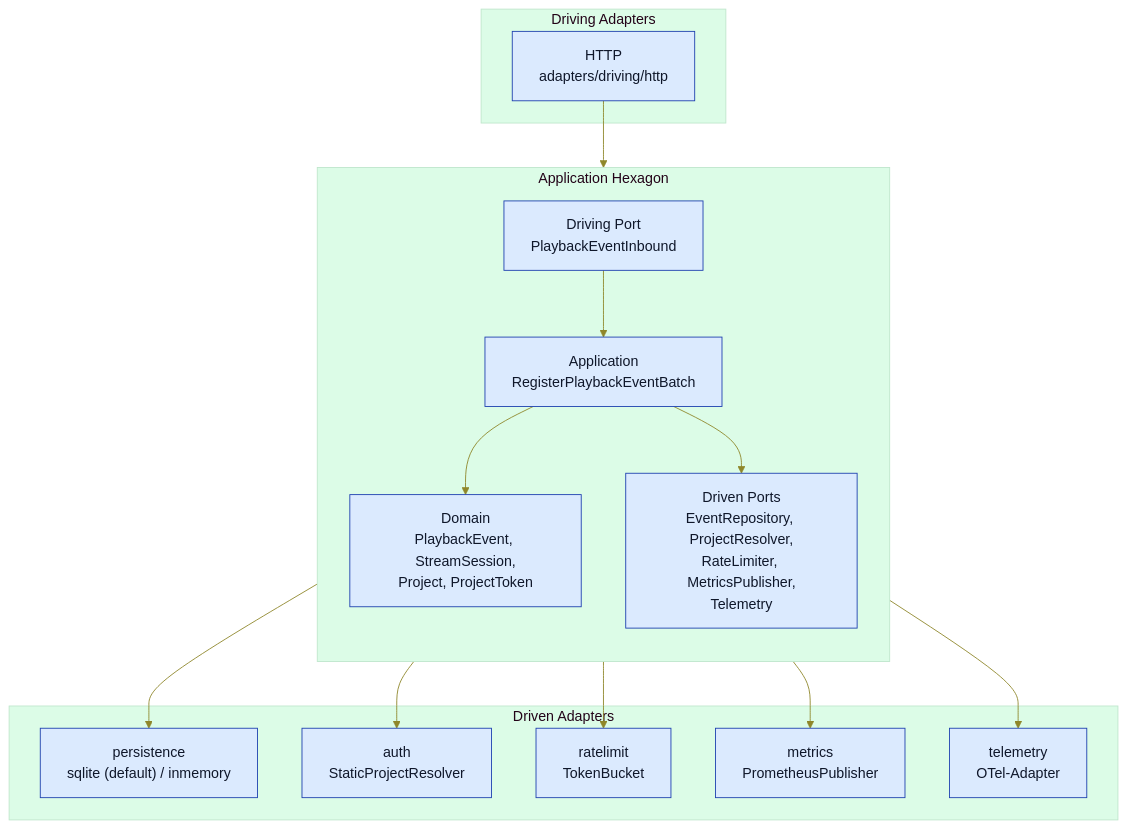
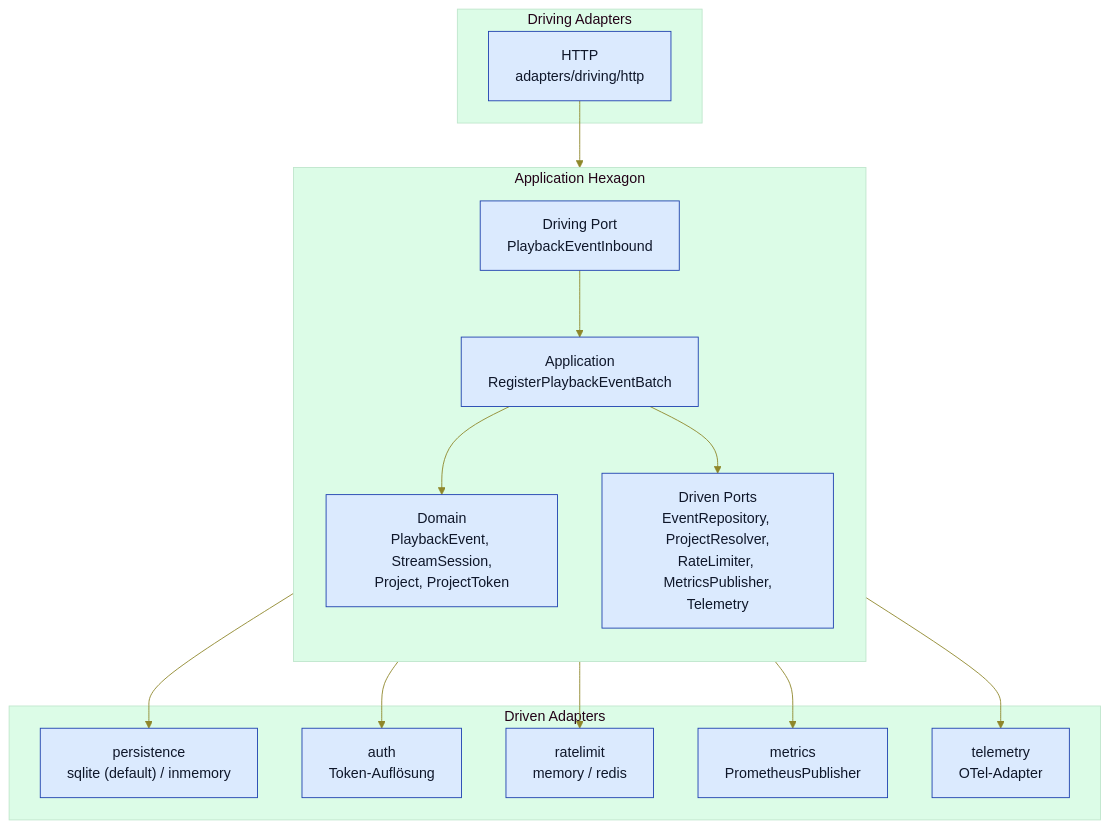
One commit to pt9912/m-trace changed the second of 6 diagrams in spec/architecture.md. Above: the diagram before and after it, drawn with Mermaid. The commit also changed other lines of this file, not shown here.

First line of the commit message:
docs(spec): architecture.md §3/§5/§6/§8 auf Ist-Stand + §3.3 regelwerk-konform

````diff
--- a/spec/architecture.md
+++ b/spec/architecture.md
@@ -93,34 +93,34 @@
 ```mermaid
 %%{init: {'theme':'base','themeVariables':{'background':'#f8fafc','primaryColor':'#dbeafe','primaryTextColor':'#0f172a','primaryBorderColor':'#1e40af','lineColor':'#8f872a','secondaryColor':'#fef3c7','tertiaryColor':'#dcfce7','noteBkgColor':'#fef3c7','noteTextColor':'#0f172a','noteBorderColor':'#a16207','actorBkg':'#dbeafe','actorBorder':'#1e40af','actorTextColor':'#0f172a','actorLineColor':'#475569','signalColor':'#0f172a','signalTextColor':'#0f172a','sequenceNumberColor':'#ffffff','labelTextColor':'#0f172a','loopTextColor':'#0f172a','edgeLabelBackground':'#f8fafc'}}}%%
 flowchart TB
     subgraph driving["Driving Adapters"]
         HTTP["HTTP<br/>adapters/driving/http"]
     end
 
     subgraph hexagon["Application Hexagon"]
         direction TB
         InPort["Driving Port<br/>PlaybackEventInbound"]
         UseCase["Application<br/>RegisterPlaybackEventBatch"]
         Domain["Domain<br/>PlaybackEvent, StreamSession,<br/>Project, ProjectToken"]
         OutPorts["Driven Ports<br/>EventRepository, ProjectResolver,<br/>RateLimiter, MetricsPublisher,<br/>Telemetry"]
 
         InPort --> UseCase
         UseCase --> Domain
         UseCase --> OutPorts
     end
 
     subgraph driven["Driven Adapters"]
         Persist["persistence<br/>sqlite (default) / inmemory"]
-        Auth["auth<br/>StaticProjectResolver"]
-        Rate["ratelimit<br/>TokenBucket"]
+        Auth["auth<br/>Token-Auflösung"]
+        Rate["ratelimit<br/>memory / redis"]
         Metrics["metrics<br/>PrometheusPublisher"]
         Telemetry["telemetry<br/>OTel-Adapter"]
     end
 
     HTTP --> InPort
     OutPorts --> Persist
     OutPorts --> Auth
     OutPorts --> Rate
     OutPorts --> Metrics
     OutPorts --> Telemetry
 ```
````
